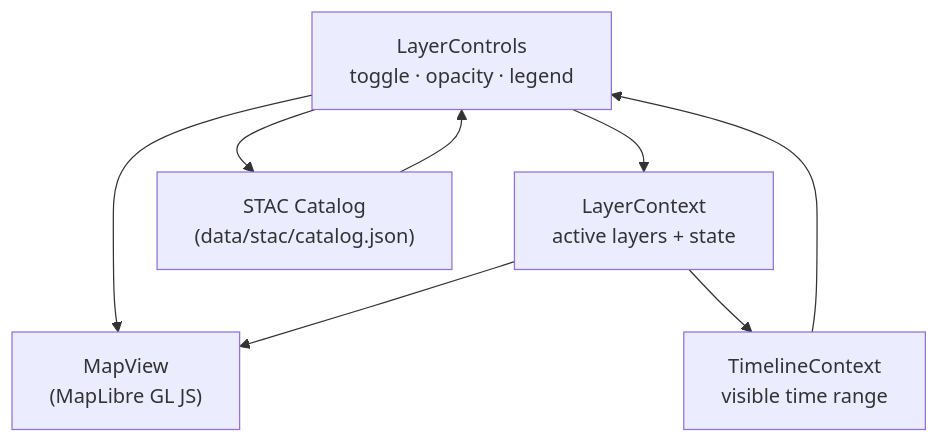
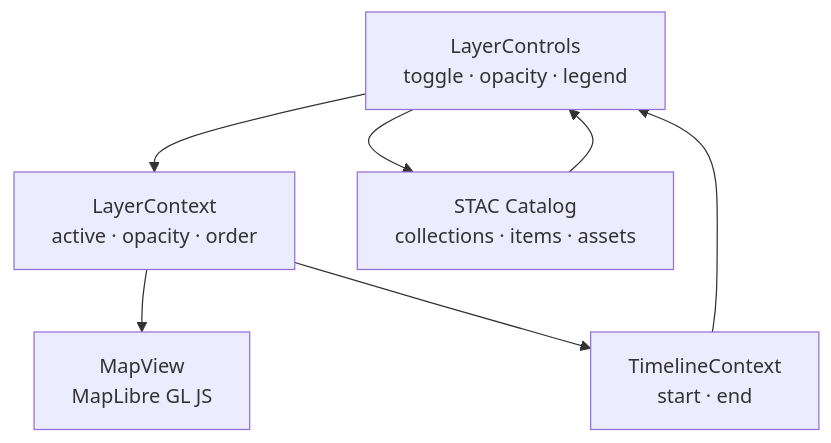
Before and after one commit to bartytime4life/Kansas-Frontier-Matrix: the first of 2 diagrams in web/src/components/LayerControls/README.md, drawn with Mermaid. The commit also changed other lines of this file, not shown here.

````diff
--- a/web/src/components/LayerControls/README.md
+++ b/web/src/components/LayerControls/README.md
@@ -59,11 +41,10 @@
 ```mermaid
 flowchart TD
-  LYR["LayerControls<br/>toggle · opacity · legend"] --> CTX["LayerContext<br/>active layers + state"]
-  LYR --> MAP["MapView<br/>(MapLibre GL JS)"]
-  LYR --> STAC["STAC Catalog<br/>(data/stac/catalog.json)"]
-  CTX --> MAP
-  CTX --> TL["TimelineContext<br/>visible time range"]
-  TL --> LYR
+  LYR["LayerControls<br/>toggle · opacity · legend"] --> LCTX["LayerContext<br/>active · opacity · order"]
+  LYR --> STAC["STAC Catalog<br/>collections · items · assets"]
+  LCTX --> MV["MapView<br/>MapLibre GL JS"]
+  LCTX --> TLX["TimelineContext<br/>start · end"]
+  TLX --> LYR
   STAC --> LYR
 %% END OF MERMAID
 ```
````
